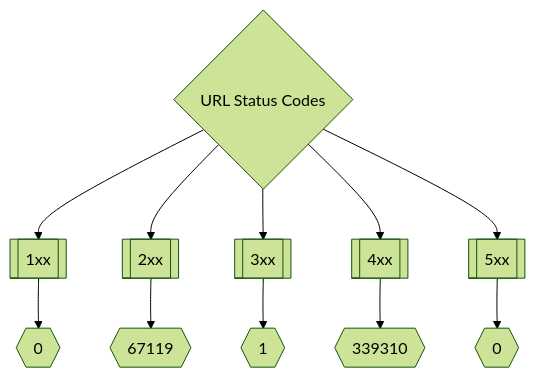
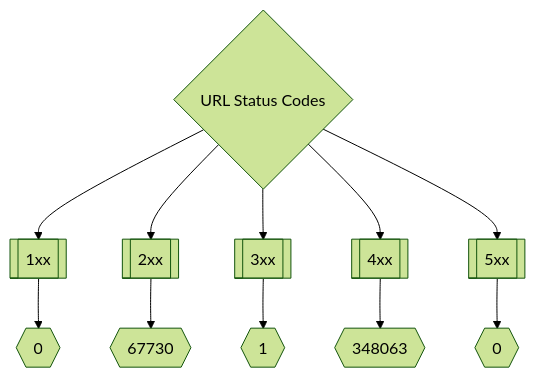
The second of 3 diagrams in README.md (trickest/inventory), drawn with Mermaid (forest theme) before and after one commit. The commit also changed other lines of this file and 135 other files, not shown here.

````diff
--- a/README.md
+++ b/README.md
@@ -173,8 +173,8 @@
 ```mermaid
 graph TD
 title{URL Status Codes} --> 1xx[[1xx]] --> status1xxNum{{0}}
-title --> 2xx[[2xx]] --> status2xxNum{{67119}}
+title --> 2xx[[2xx]] --> status2xxNum{{67730}}
 title --> 3xx[[3xx]] --> status3xxNum{{1}}
-title --> 4xx[[4xx]] --> status4xxNum{{339310}}
+title --> 4xx[[4xx]] --> status4xxNum{{348063}}
 title --> 5xx[[5xx]] --> status5xxNum{{0}}
 ```
````
